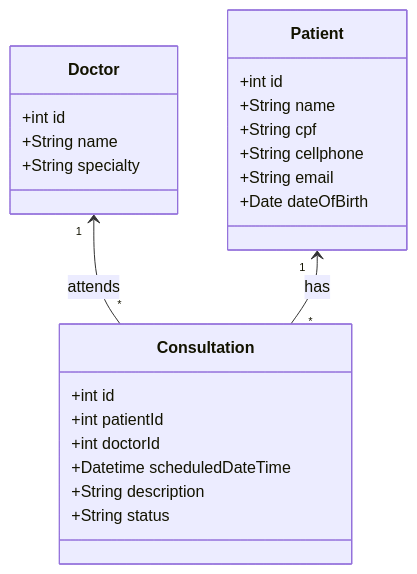
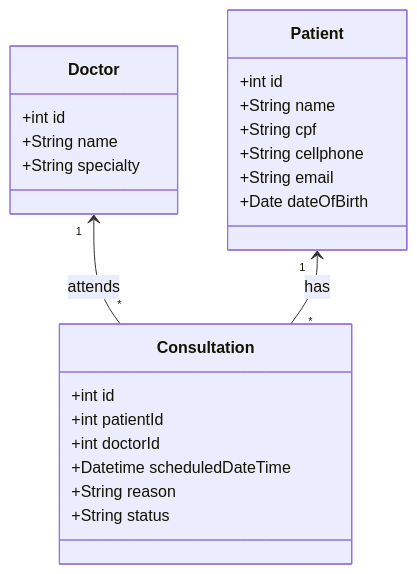
One commit to GustaHenriPe/decola-tech-2025-medical-appointments changed the diagram in README.md. Above: the diagram before and after it, drawn with Mermaid.

````diff
--- a/README.md
+++ b/README.md
@@ -4,29 +4,29 @@
 ``` mermaid
 classDiagram
     class Doctor {
         +int id
         +String name
         +String specialty
     }
 
     class Patient {
         +int id
         +String name
         +String cpf
         +String cellphone
         +String email
         +Date dateOfBirth
     }
 
     class Consultation {
         +int id
         +int patientId
         +int doctorId
         +Datetime scheduledDateTime
-        +String description
+        +String reason
         +String status
     }
 
     Doctor "1" <-- "*" Consultation : attends
     Patient "1" <-- "*" Consultation : has
 ``` 
````
